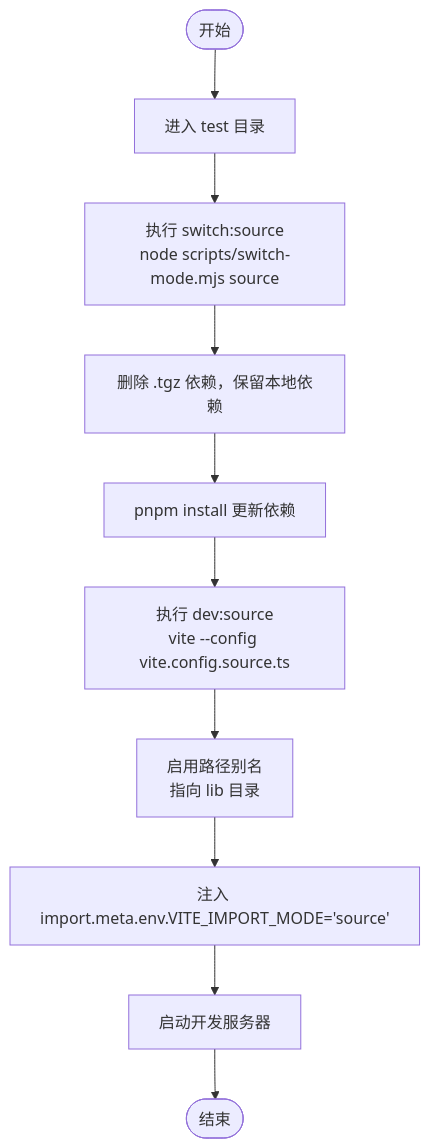
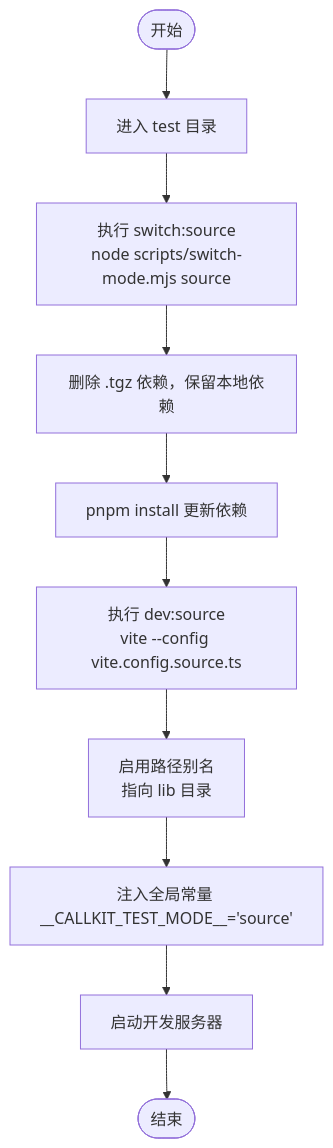
Before and after one commit to Easemob-Community/easemob-uikit-callkit-vue3: the third of 7 diagrams in .qoder/repowiki/zh/content/开发指南/测试指南.md, drawn with Mermaid. The commit also changed other lines of this file and 40 other files, not shown here.

````diff
--- a/.qoder/repowiki/zh/content/开发指南/测试指南.md
+++ b/.qoder/repowiki/zh/content/开发指南/测试指南.md
@@ -138,12 +153,12 @@
 ```mermaid
 flowchart TD
 Start(["开始"]) --> EnterTest["进入 test 目录"]
 EnterTest --> SwitchSource["执行 switch:source<br/>node scripts/switch-mode.mjs source"]
 SwitchSource --> UpdateDeps["删除 .tgz 依赖，保留本地依赖"]
 UpdateDeps --> Install["pnpm install 更新依赖"]
 Install --> DevSource["执行 dev:source<br/>vite --config vite.config.source.ts"]
 DevSource --> Alias["启用路径别名<br/>指向 lib 目录"]
-Alias --> DefineEnv["注入 import.meta.env.VITE_IMPORT_MODE='source'"]
+Alias --> DefineEnv["注入全局常量 __CALLKIT_TEST_MODE__='source'"]
 DefineEnv --> Serve["启动开发服务器"]
 Serve --> End(["结束"])
 ```
````
